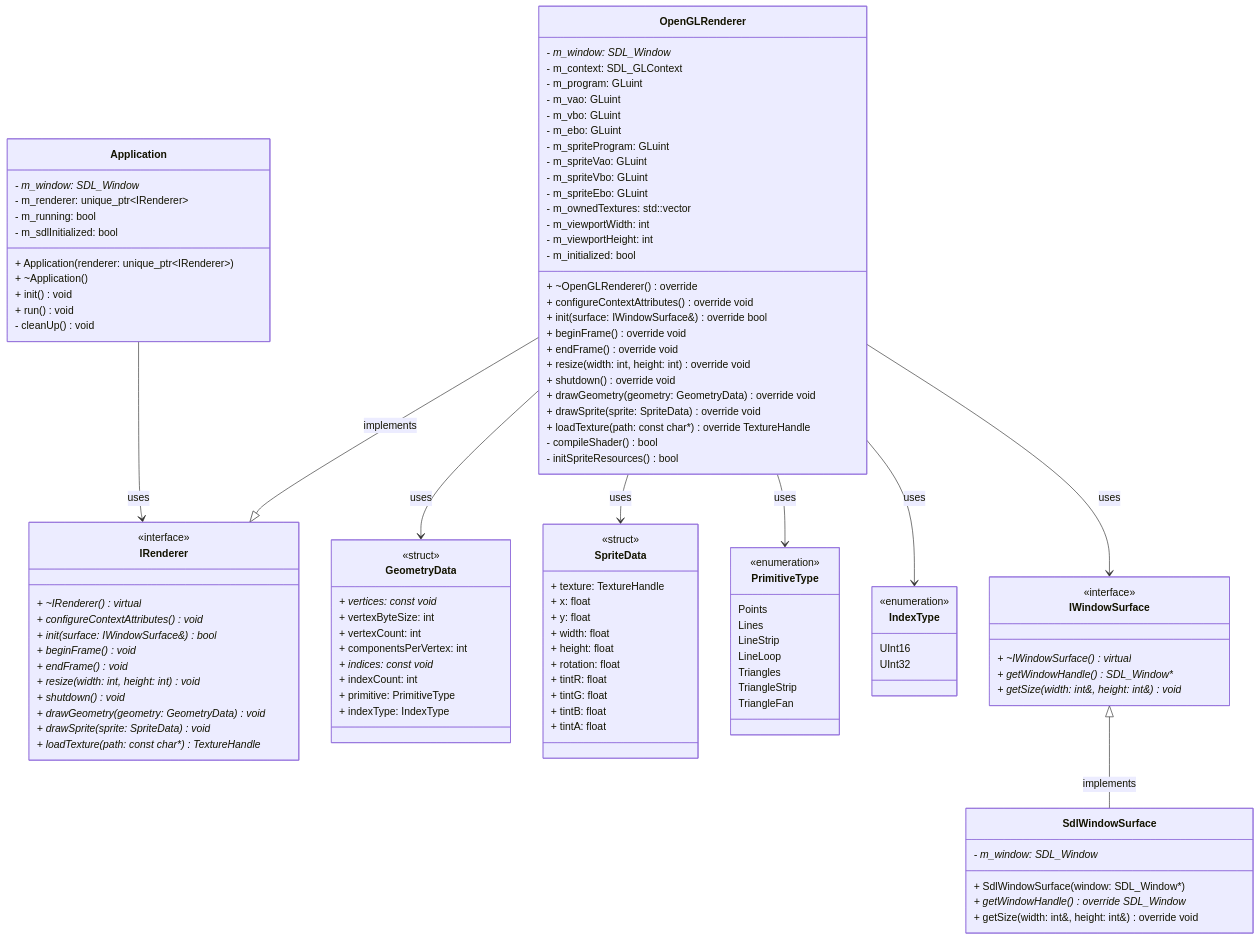
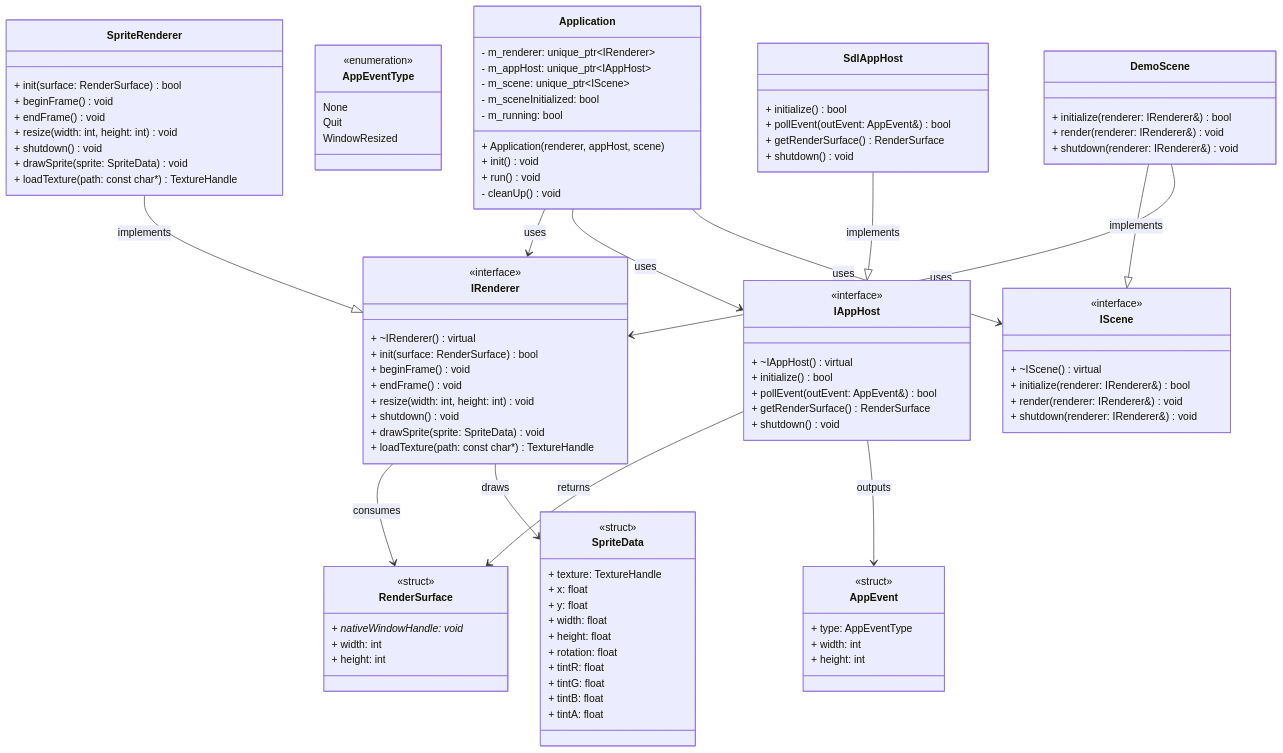
One commit to Herazael/2D-Engine-Backend changed the second of 2 diagrams in README.md. Above: the diagram before and after it, drawn with Mermaid. The commit also changed other lines of this file and 18 other files, not shown here.

Commit message:
big refactoring to stay in line with clean code architecture

````diff
--- a/README.md
+++ b/README.md
@@ -111,123 +142,115 @@
 ```mermaid
 classDiagram
-    class Application {
-        - m_window: SDL_Window*
-        - m_renderer: unique_ptr~IRenderer~
-        - m_running: bool
-        - m_sdlInitialized: bool
-        + Application(renderer: unique_ptr~IRenderer~)
-        + ~Application()
-        + init() void
-        + run() void
-        - cleanUp() void
-    }
+  class Application {
+    - m_renderer: unique_ptr~IRenderer~
+    - m_appHost: unique_ptr~IAppHost~
+    - m_scene: unique_ptr~IScene~
+    - m_sceneInitialized: bool
+    - m_running: bool
+    + Application(renderer, appHost, scene)
+    + init() void
+    + run() void
+    - cleanUp() void
+  }
 
-    class IRenderer {
-        <<interface>>
-        + ~IRenderer()* virtual
-        + configureContextAttributes()* void
-        + init(surface: IWindowSurface&)* bool
-        + beginFrame()* void
-        + endFrame()* void
-        + resize(width: int, height: int)* void
-        + shutdown()* void
-        + drawGeometry(geometry: GeometryData)* void
-        + drawSprite(sprite: SpriteData)* void
-        + loadTexture(path: const char*)* TextureHandle
-    }
+  class IRenderer {
+    <<interface>>
+    + ~IRenderer() virtual
+    + init(surface: RenderSurface) bool
+    + beginFrame() void
+    + endFrame() void
+    + resize(width: int, height: int) void
+    + shutdown() void
+    + drawSprite(sprite: SpriteData) void
+    + loadTexture(path: const char*) TextureHandle
+  }
 
-    class OpenGLRenderer {
-        - m_window: SDL_Window*
-        - m_context: SDL_GLContext
-        - m_program: GLuint
-        - m_vao: GLuint
-        - m_vbo: GLuint
-        - m_ebo: GLuint
-        - m_spriteProgram: GLuint
-        - m_spriteVao: GLuint
-        - m_spriteVbo: GLuint
-        - m_spriteEbo: GLuint
-        - m_ownedTextures: std::vector<GLuint>
-        - m_viewportWidth: int
-        - m_viewportHeight: int
-        - m_initialized: bool
-        + ~OpenGLRenderer() override
-        + configureContextAttributes() override void
-        + init(surface: IWindowSurface&) override bool
-        + beginFrame() override void
-        + endFrame() override void
-        + resize(width: int, height: int) override void
-        + shutdown() override void
-        + drawGeometry(geometry: GeometryData) override void
-        + drawSprite(sprite: SpriteData) override void
-        + loadTexture(path: const char*) override TextureHandle
-        - compileShader() bool
-        - initSpriteResources() bool
-    }
+  class IAppHost {
+    <<interface>>
+    + ~IAppHost() virtual
+    + initialize() bool
+    + pollEvent(outEvent: AppEvent&) bool
+    + getRenderSurface() RenderSurface
+    + shutdown() void
+  }
 
-    class GeometryData {
-        <<struct>>
-        + vertices: const void*
-        + vertexByteSize: int
-        + vertexCount: int
-        + componentsPerVertex: int
-        + indices: const void*
-        + indexCount: int
-        + primitive: PrimitiveType
-        + indexType: IndexType
-    }
+  class IScene {
+    <<interface>>
+    + ~IScene() virtual
+    + initialize(renderer: IRenderer&) bool
+    + render(renderer: IRenderer&) void
+    + shutdown(renderer: IRenderer&) void
+  }
 
-    class SpriteData {
-        <<struct>>
-        + texture: TextureHandle
-        + x: float
-        + y: float
-        + width: float
-        + height: float
-        + rotation: float
-        + tintR: float
-        + tintG: float
-        + tintB: float
-        + tintA: float
-    }
+  class RenderSurface {
+    <<struct>>
+    + nativeWindowHandle: void*
+    + width: int
+    + height: int
+  }
 
-    class PrimitiveType {
-        <<enumeration>>
-        Points
-        Lines
-        LineStrip
-        LineLoop
-        Triangles
-        TriangleStrip
-        TriangleFan
-    }
+  class AppEvent {
+    <<struct>>
+    + type: AppEventType
+    + width: int
+    + height: int
+  }
 
-    class IndexType {
-        <<enumeration>>
-        UInt16
-        UInt32
-    }
+  class AppEventType {
+    <<enumeration>>
+    None
+    Quit
+    WindowResized
+  }
 
-    class IWindowSurface {
-        <<interface>>
-        + ~IWindowSurface()* virtual
-        + getWindowHandle()* SDL_Window*
-        + getSize(width: int&, height: int&)* void
-    }
+  class SpriteData {
+    <<struct>>
+    + texture: TextureHandle
+    + x: float
+    + y: float
+    + width: float
+    + height: float
+    + rotation: float
+    + tintR: float
+    + tintG: float
+    + tintB: float
+    + tintA: float
+  }
 
-    class SdlWindowSurface {
-        - m_window: SDL_Window*
-        + SdlWindowSurface(window: SDL_Window*)
-        + getWindowHandle() override SDL_Window*
-        + getSize(width: int&, height: int&) override void
-    }
+  class SpriteRenderer {
+    + init(surface: RenderSurface) bool
+    + beginFrame() void
+    + endFrame() void
+    + resize(width: int, height: int) void
+    + shutdown() void
+    + drawSprite(sprite: SpriteData) void
+    + loadTexture(path: const char*) TextureHandle
+  }
 
-    Application --> IRenderer : uses
-    OpenGLRenderer --|> IRenderer : implements
-    IWindowSurface <|-- SdlWindowSurface : implements
-    OpenGLRenderer --> IWindowSurface : uses
-    OpenGLRenderer --> GeometryData : uses
-    OpenGLRenderer --> SpriteData : uses
-    OpenGLRenderer --> PrimitiveType : uses
-    OpenGLRenderer --> IndexType : uses
+  class SdlAppHost {
+    + initialize() bool
+    + pollEvent(outEvent: AppEvent&) bool
+    + getRenderSurface() RenderSurface
+    + shutdown() void
+  }
+
+  class DemoScene {
+    + initialize(renderer: IRenderer&) bool
+    + render(renderer: IRenderer&) void
+    + shutdown(renderer: IRenderer&) void
+  }
+
+  Application --> IRenderer : uses
+  Application --> IAppHost : uses
+  Application --> IScene : uses
+  IAppHost --> RenderSurface : returns
+  IAppHost --> AppEvent : outputs
+  IRenderer --> RenderSurface : consumes
+  IRenderer --> SpriteData : draws
+
+  SpriteRenderer --|> IRenderer : implements
+  SdlAppHost --|> IAppHost : implements
+  DemoScene --|> IScene : implements
+
+  DemoScene --> IRenderer : uses
 ```
````
